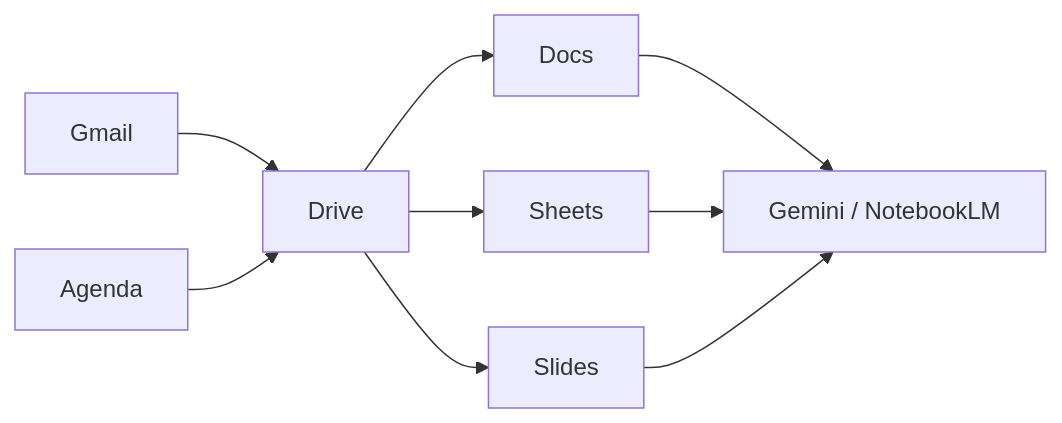
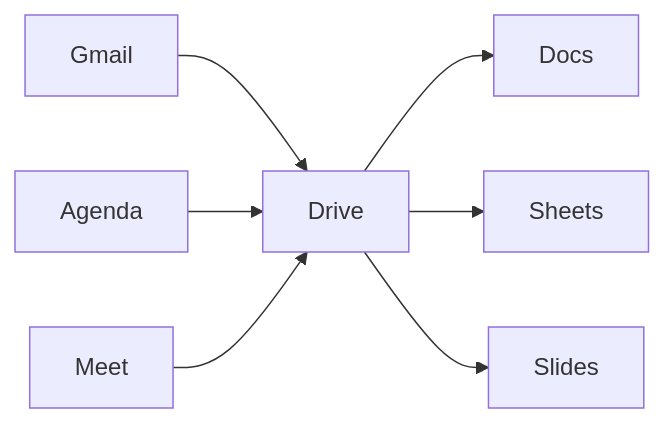
Before and after one commit to ISIBrussels/outils-info-ia: the diagram in docs/seances/01/cours_seance_01.md, drawn with Mermaid. The commit also changed other lines of this file, not shown here.

First line of the commit message:
fix: refine session 1 slides on account, Meet, and mail tone

````diff
--- a/docs/seances/01/cours_seance_01.md
+++ b/docs/seances/01/cours_seance_01.md
@@ -41,11 +40,13 @@
 ```mermaid
 flowchart LR
-  M[Gmail] --> D[Drive]
-  A[Agenda] --> D
+  M[Gmail]
+  A[Agenda]
+  Meet[Meet]
+  D[Drive]
+  M --> D
+  A --> D
+  Meet --> D
   D --> Docs[Docs]
   D --> Sheets[Sheets]
   D --> Slides[Slides]
-  Docs --> AI[Gemini / NotebookLM]
-  Sheets --> AI
-  Slides --> AI
 ```
````
